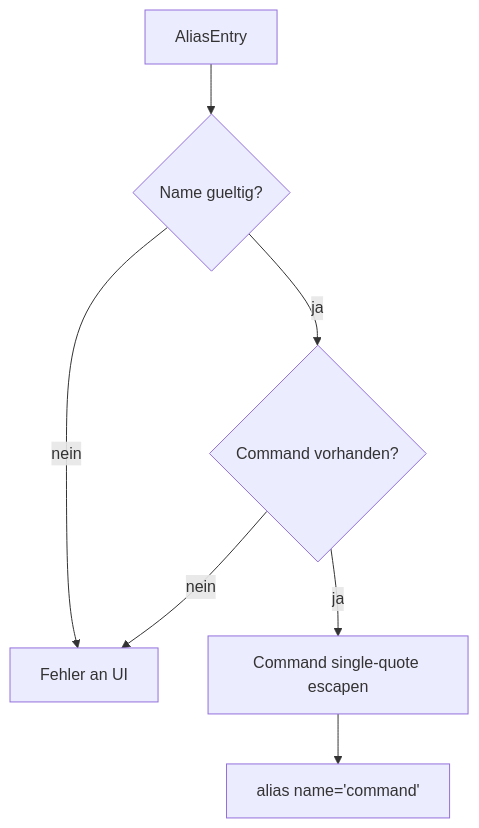
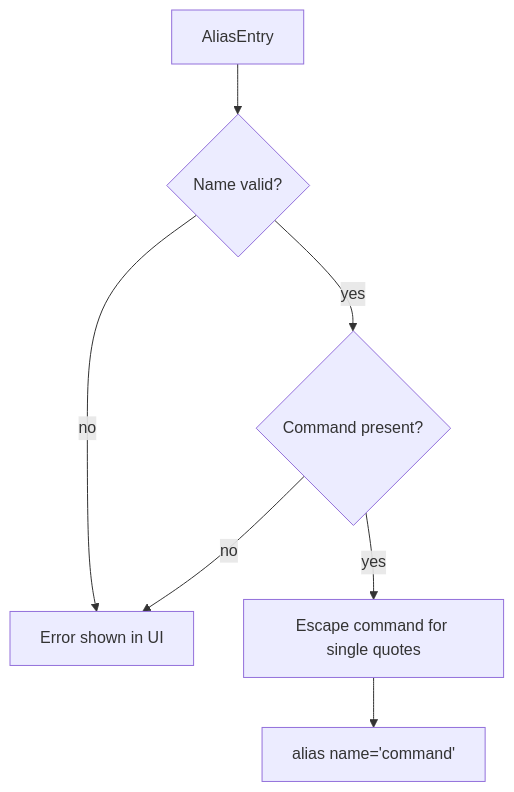
The seventh of 7 diagrams in mac_src/docs/ARCHITECTURE.md (hannesgnann-hub/easyalias), drawn with Mermaid before and after one commit. The commit also changed other lines of this file and 2 other files, not shown here.

````diff
--- a/mac_src/docs/ARCHITECTURE.md
+++ b/mac_src/docs/ARCHITECTURE.md
@@ -235,16 +235,16 @@
 ```mermaid
 flowchart TD
   AliasEntry["AliasEntry"]
-  ValidateName{"Name gueltig?"}
-  ValidateCommand{"Command vorhanden?"}
-  Quote["Command single-quote escapen"]
+  ValidateName{"Name valid?"}
+  ValidateCommand{"Command present?"}
+  Quote["Escape command for single quotes"]
   Line["alias name='command'"]
-  Error["Fehler an UI"]
+  Error["Error shown in UI"]
 
   AliasEntry --> ValidateName
-  ValidateName -- "nein" --> Error
-  ValidateName -- "ja" --> ValidateCommand
-  ValidateCommand -- "nein" --> Error
-  ValidateCommand -- "ja" --> Quote
+  ValidateName -- "no" --> Error
+  ValidateName -- "yes" --> ValidateCommand
+  ValidateCommand -- "no" --> Error
+  ValidateCommand -- "yes" --> Quote
   Quote --> Line
 ```
````
